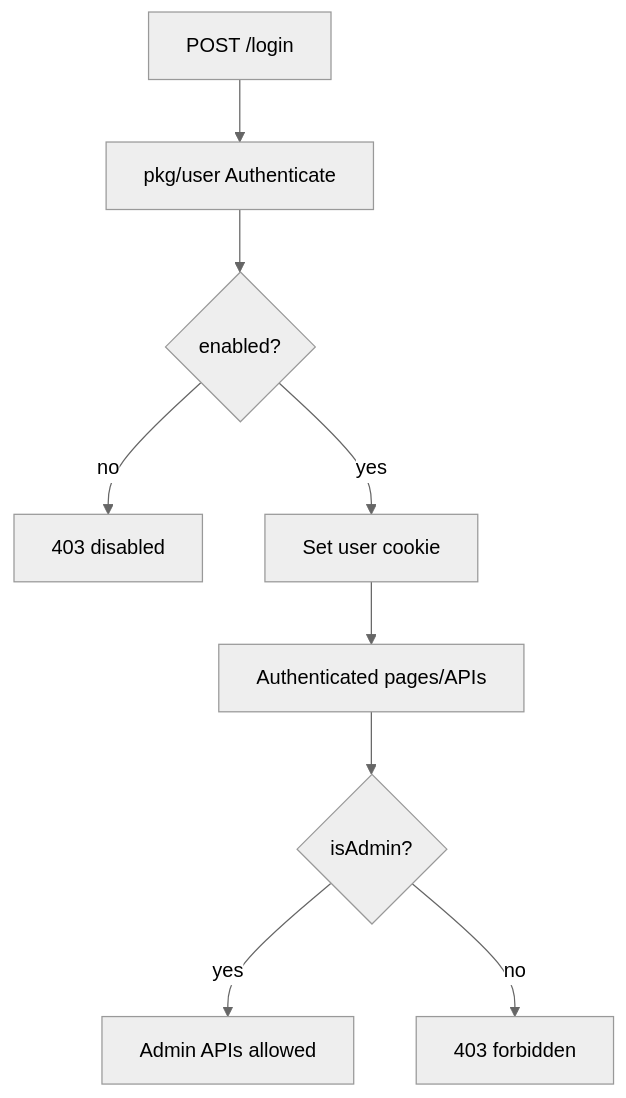
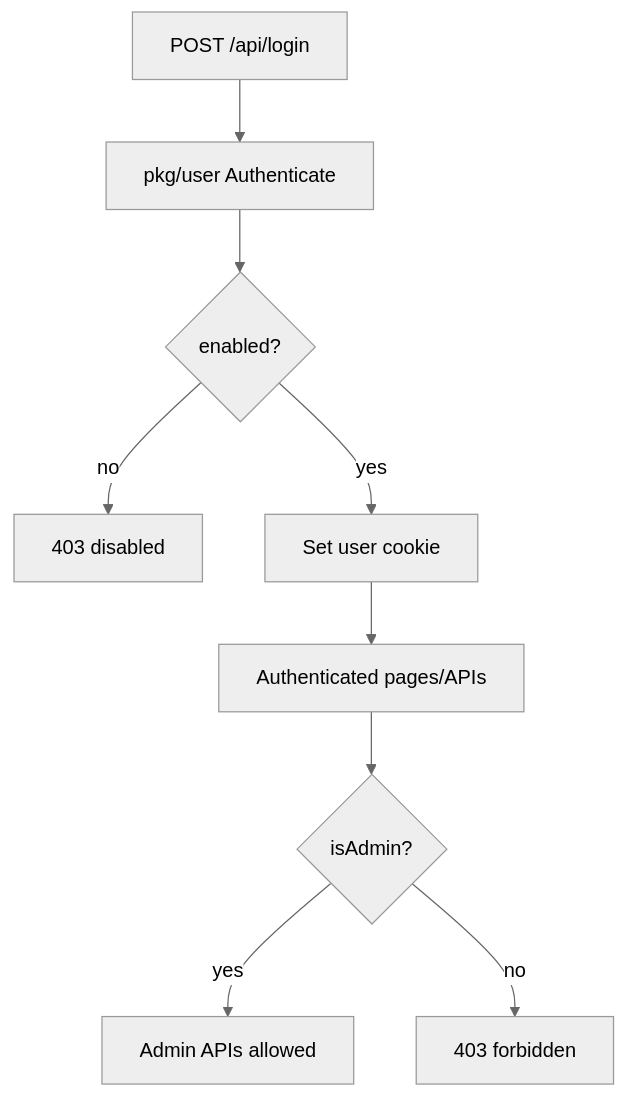
Before and after one commit to adrianawolfie/mythical-blue-sheet: the fourth of 5 diagrams in README.md, drawn with Mermaid (neutral theme). The commit also changed other lines of this file and 18 other files, not shown here.

````diff
--- a/README.md
+++ b/README.md
@@ -107,11 +101,11 @@
 ```mermaid
 flowchart TD
-  Login[POST /login] --> Auth[pkg/user Authenticate]
+  Login[POST /api/login] --> Auth[pkg/user Authenticate]
   Auth --> Enabled{enabled?}
   Enabled -- no --> Reject[403 disabled]
   Enabled -- yes --> Cookie[Set user cookie]
   Cookie --> App[Authenticated pages/APIs]
   App --> Admin{isAdmin?}
   Admin -- yes --> AdminAPI[Admin APIs allowed]
   Admin -- no --> Forbidden[403 forbidden]
 ```
````
